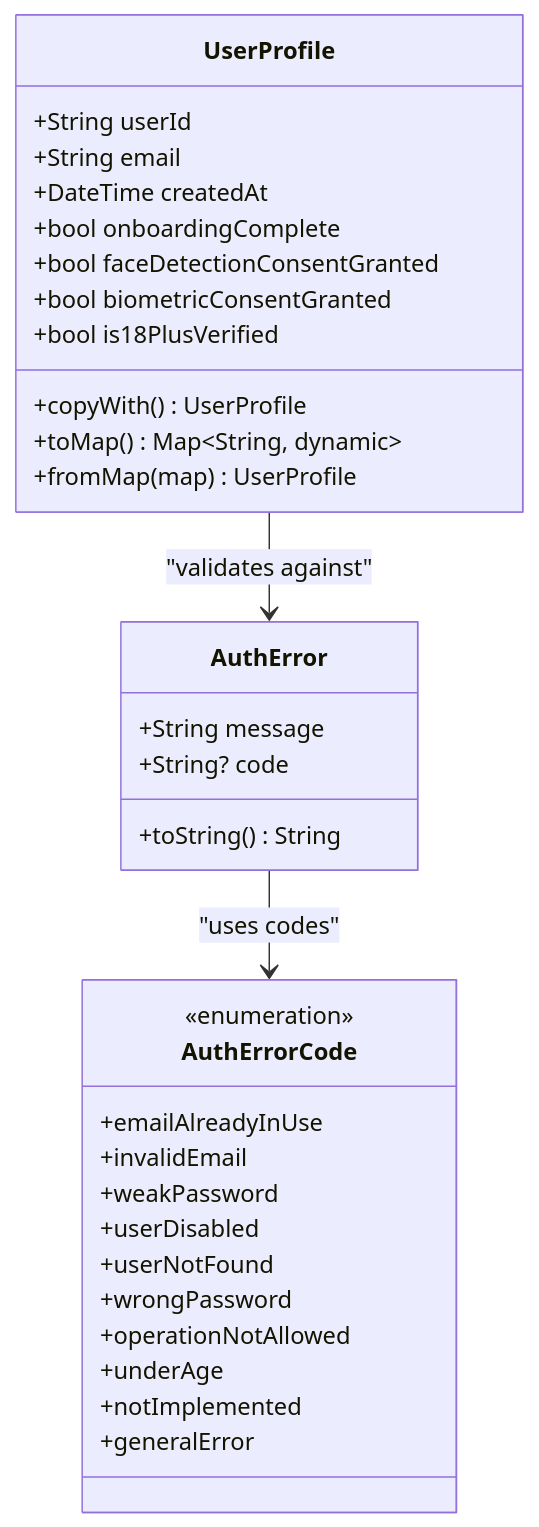
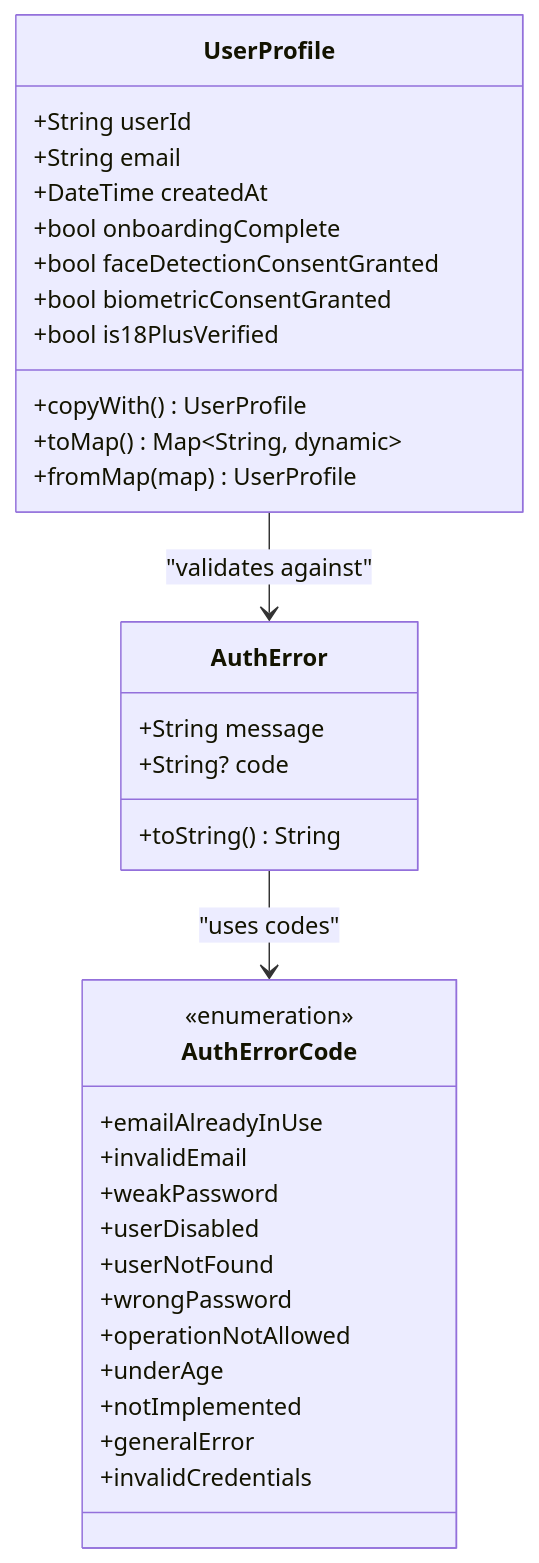
The sixth of 9 diagrams in .qoder/repowiki/en/content/Core Services/Authentication Service.md (JAaron93/StyleSync), drawn with Mermaid before and after one commit. The commit also changed other lines of this file and 36 other files, not shown here.

````diff
--- a/.qoder/repowiki/en/content/Core Services/Authentication Service.md
+++ b/.qoder/repowiki/en/content/Core Services/Authentication Service.md
@@ -228,35 +321,36 @@
 ```mermaid
 classDiagram
 class UserProfile {
 +String userId
 +String email
 +DateTime createdAt
 +bool onboardingComplete
 +bool faceDetectionConsentGranted
 +bool biometricConsentGranted
 +bool is18PlusVerified
 +copyWith() UserProfile
 +toMap() Map~String, dynamic~
 +fromMap(map) UserProfile
 }
 class AuthError {
 +String message
 +String? code
 +toString() String
 }
 class AuthErrorCode {
 <<enumeration>>
 +emailAlreadyInUse
 +invalidEmail
 +weakPassword
 +userDisabled
 +userNotFound
 +wrongPassword
 +operationNotAllowed
 +underAge
 +notImplemented
 +generalError
++invalidCredentials
 }
 UserProfile --> AuthError : "validates against"
 AuthError --> AuthErrorCode : "uses codes"
 ```
````
